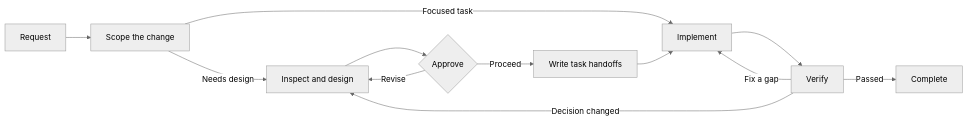
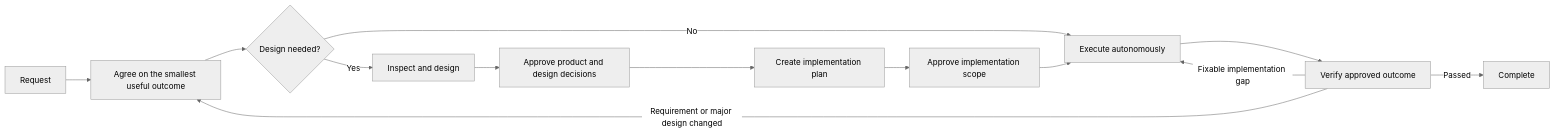
Before and after one commit to shinpr/codex-workflows: the diagram in README.md, drawn with Mermaid (neutral theme). The commit also changed other lines of this file and 72 other files, not shown here.

````diff
--- a/README.md
+++ b/README.md
@@ -63,14 +75,15 @@
 ```mermaid
 flowchart LR
-    A[Request] --> B[Scope the change]
-    B -->|Needs design| C[Inspect and design]
-    C --> D{Approve}
-    D -->|Revise| C
-    D -->|Proceed| E[Write task handoffs]
-    B -->|Focused task| F[Implement]
-    E --> F
-    F --> G[Verify]
-    G -->|Fix a gap| F
-    G -->|Decision changed| C
-    G -->|Passed| H[Complete]
+    A[Request] --> B[Agree on the smallest useful outcome]
+    B --> C{Design needed?}
+    C -->|No| H[Execute autonomously]
+    C -->|Yes| D[Inspect and design]
+    D --> E[Approve product and design decisions]
+    E --> F[Create implementation plan]
+    F --> G[Approve implementation scope]
+    G --> H
+    H --> I[Verify approved outcome]
+    I -->|Fixable implementation gap| H
+    I -->|Requirement or major design changed| B
+    I -->|Passed| J[Complete]
 ```
````
